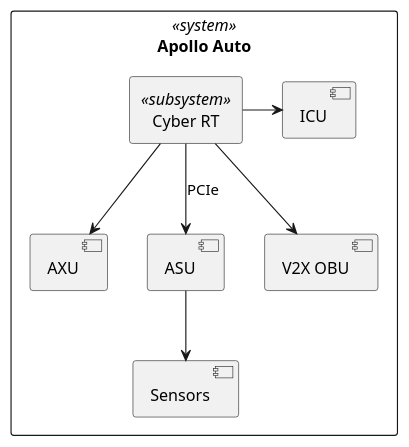
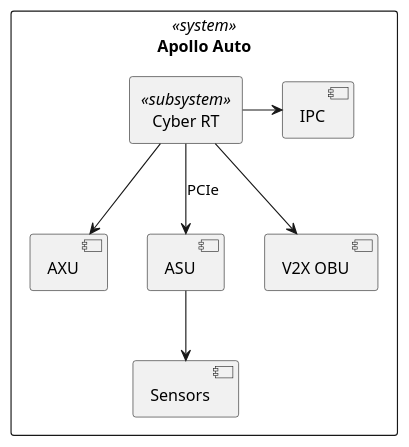
One commit to rocko/ost_sisidm_2021_apollo changed the second of 3 diagrams in src/plantUML/fachlicher_kontext.puml. Above: the diagram before and after it, drawn with PlantUML. The commit also changed 2 other files, not shown here.

```diff
--- a/src/plantUML/fachlicher_kontext.puml
+++ b/src/plantUML/fachlicher_kontext.puml
@@ -19,21 +19,21 @@
 @startuml
 skinparam rectangle {
     roundCorner<<Concept>> 25
 }
 rectangle "Apollo Auto" <<system>> as AA {
-component "ICU" as ICU
+component "IPC" as IPC
 component "AXU" as AXU
 component "ASU" as ASU
 component "V2X OBU" as V2X
 rectangle "Cyber RT" <<subsystem>> as C
 
 component "Sensors" as SENS
 }
 
 C --> V2X
-C -> ICU
+C -> IPC
 C --> AXU
 ASU -d-> SENS
 C --> ASU: PCIe
 
 @enduml
```
